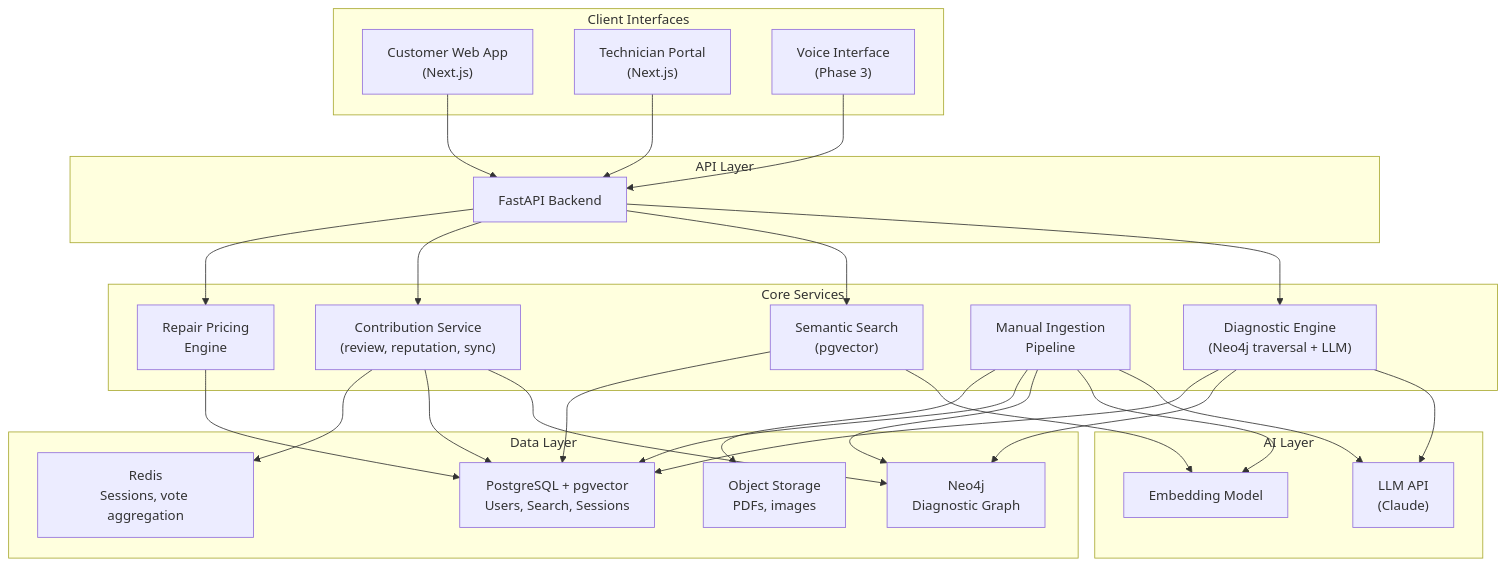
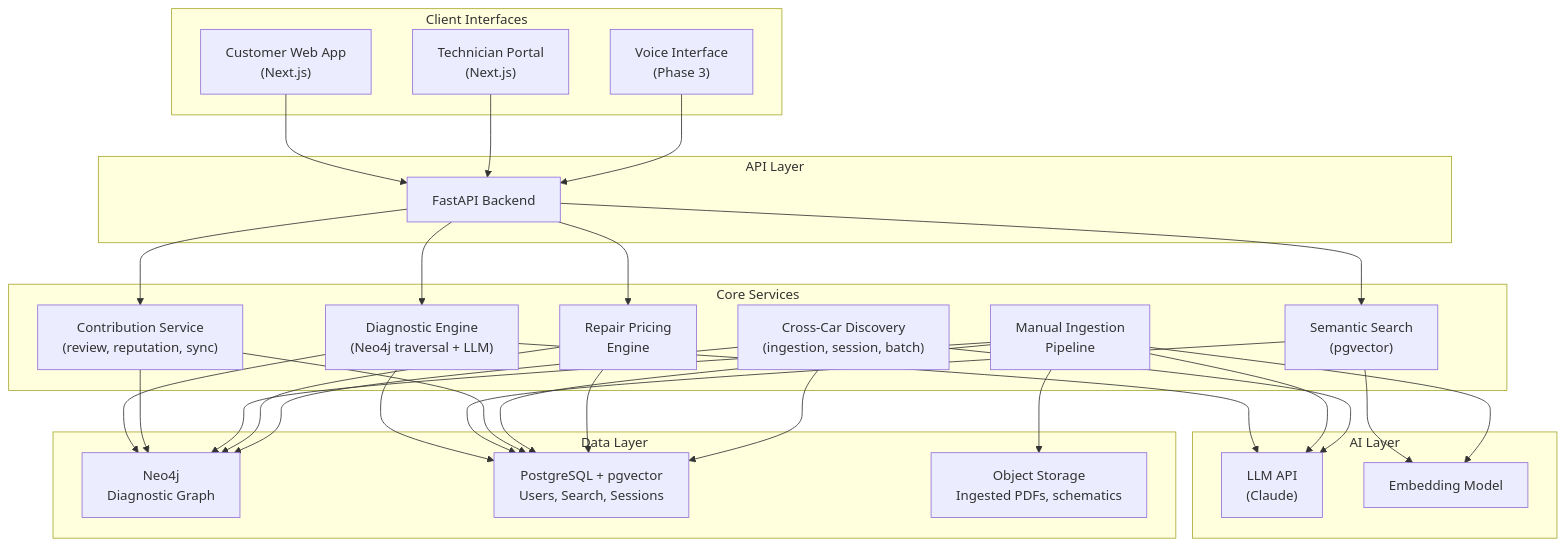
Before and after one commit to vjeeva/connected-diagnostics: the seventh of 16 diagrams in .cursor/plans/diagnostic_knowledge_system_c18065b2.plan.md, drawn with Mermaid. The commit also changed other lines of this file, not shown here.

````diff
--- a/.cursor/plans/diagnostic_knowledge_system_c18065b2.plan.md
+++ b/.cursor/plans/diagnostic_knowledge_system_c18065b2.plan.md
@@ -538,56 +701,59 @@
 ```mermaid
 flowchart TB
     subgraph clients [Client Interfaces]
         CustWeb["Customer Web App<br/>(Next.js)"]
         TechPortal["Technician Portal<br/>(Next.js)"]
         Voice["Voice Interface<br/>(Phase 3)"]
     end
 
     subgraph api [API Layer]
         Gateway["FastAPI Backend"]
     end
 
     subgraph services [Core Services]
         DiagEngine["Diagnostic Engine<br/>(Neo4j traversal + LLM)"]
         SearchSvc["Semantic Search<br/>(pgvector)"]
         ContribSvc["Contribution Service<br/>(review, reputation, sync)"]
         IngestionSvc["Manual Ingestion<br/>Pipeline"]
         PricingSvc["Repair Pricing<br/>Engine"]
+        CrossCarSvc["Cross-Car Discovery<br/>(ingestion, session, batch)"]
     end
 
     subgraph ai [AI Layer]
         LLM["LLM API<br/>(Claude)"]
         Embeddings["Embedding Model"]
     end
 
     subgraph data [Data Layer]
         Neo["Neo4j<br/>Diagnostic Graph"]
         PG["PostgreSQL + pgvector<br/>Users, Search, Sessions"]
-        S3["Object Storage<br/>PDFs, images"]
-        Cache["Redis<br/>Sessions, vote aggregation"]
+        S3["Object Storage<br/>Ingested PDFs, schematics"]
     end
 
     CustWeb --> Gateway
     TechPortal --> Gateway
     Voice --> Gateway
 
     Gateway --> DiagEngine
     Gateway --> SearchSvc
     Gateway --> ContribSvc
     Gateway --> PricingSvc
 
     DiagEngine --> LLM
     DiagEngine --> Neo
     DiagEngine --> PG
     SearchSvc --> Embeddings
     SearchSvc --> PG
     ContribSvc --> Neo
     ContribSvc --> PG
-    ContribSvc --> Cache
     IngestionSvc --> LLM
     IngestionSvc --> Embeddings
     IngestionSvc --> Neo
     IngestionSvc --> PG
     IngestionSvc --> S3
     PricingSvc --> PG
+    PricingSvc --> Neo
+    CrossCarSvc --> Neo
+    CrossCarSvc --> PG
+    CrossCarSvc --> LLM
 ```
````
